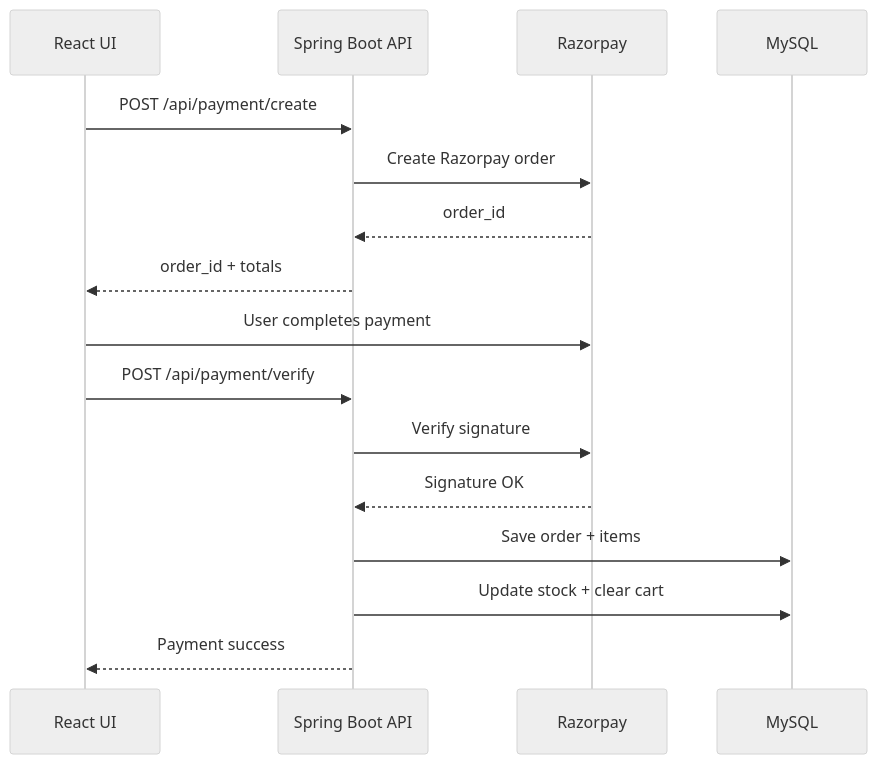
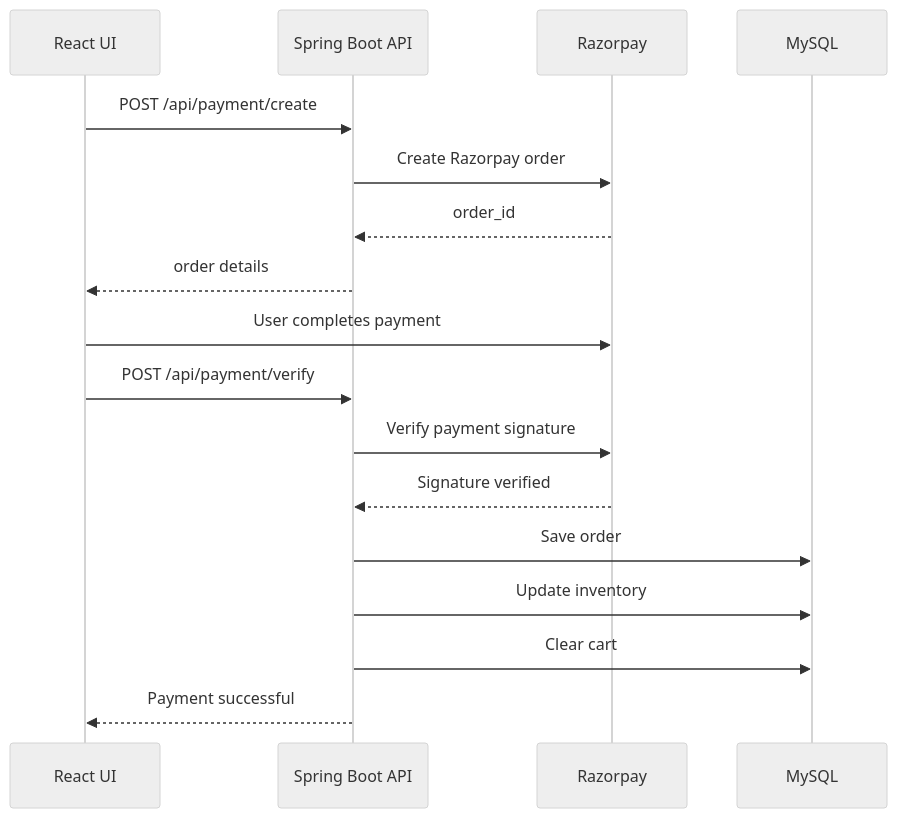
One commit to annnuuupam/NexCart changed the seventh of 7 diagrams in README.md. Above: the diagram before and after it, drawn with Mermaid (neutral theme). The commit also changed other lines of this file, not shown here.

````diff
--- a/README.md
+++ b/README.md
@@ -214,19 +340,24 @@
 ```mermaid
 sequenceDiagram
   participant FE as React UI
   participant BE as Spring Boot API
   participant RP as Razorpay
   participant DB as MySQL
 
   FE->>BE: POST /api/payment/create
   BE->>RP: Create Razorpay order
   RP-->>BE: order_id
-  BE-->>FE: order_id + totals
+  BE-->>FE: order details
+
   FE->>RP: User completes payment
   FE->>BE: POST /api/payment/verify
-  BE->>RP: Verify signature
-  RP-->>BE: Signature OK
-  BE->>DB: Save order + items
-  BE->>DB: Update stock + clear cart
-  BE-->>FE: Payment success
+
+  BE->>RP: Verify payment signature
+  RP-->>BE: Signature verified
+
+  BE->>DB: Save order
+  BE->>DB: Update inventory
+  BE->>DB: Clear cart
+
+  BE-->>FE: Payment successful
 ```
````
